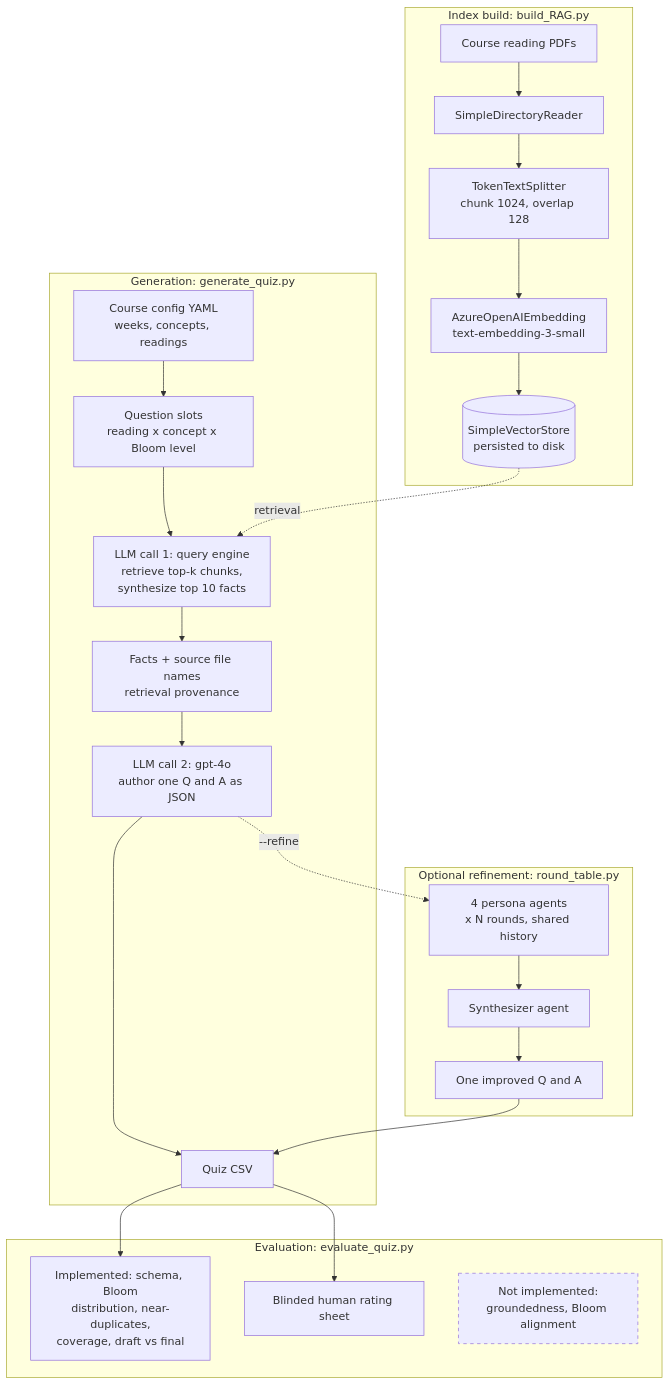
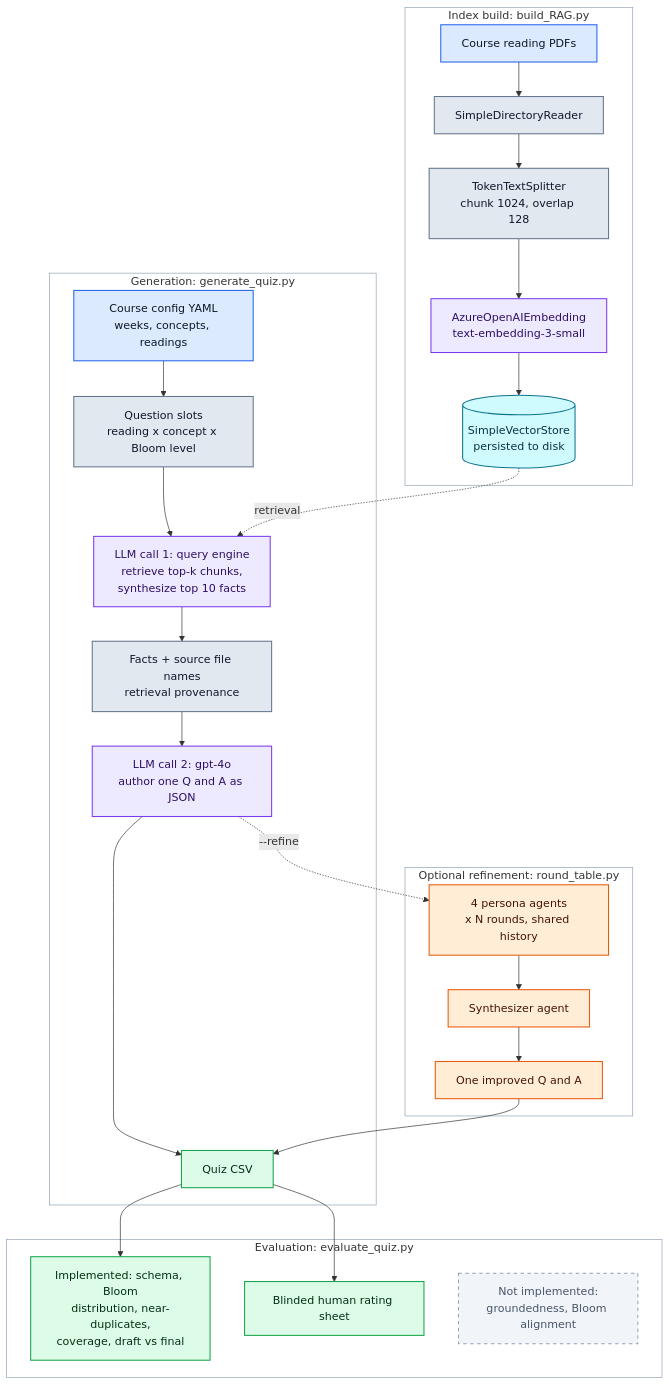
Before and after one commit to gkuling/QuizGen-RAG: the diagram in README.md, drawn with Mermaid. The commit also changed other lines of this file and 1 other file, not shown here.

Commit message:
Add results-generation playbook and polish the architecture diagram
- docs/GENERATING_RESULTS.md: step-by-step runbook for producing the
  measured results the README's Evaluation section is waiting on -- index
  build, baseline and refined generation, evaluation reports, folding
  honest numbers and examples into the README, and the blinded 2-rater
  human study
- README: restyle the Mermaid diagram with a color-coded palette (inputs,
  pipeline steps, LLM calls, vector store, round-table agents, outputs,
  dashed not-implemented stubs) and transparent subgraph containers;
  rendering verified in-browser

````diff
--- a/README.md
+++ b/README.md
@@ -9,35 +9,46 @@
 ```mermaid
 flowchart TD
     subgraph build["Index build: build_RAG.py"]
-        A["Course reading PDFs"] --> B["SimpleDirectoryReader"]
-        B --> C["TokenTextSplitter<br/>chunk 1024, overlap 128"]
-        C --> D["AzureOpenAIEmbedding<br/>text-embedding-3-small"]
-        D --> E[("SimpleVectorStore<br/>persisted to disk")]
+        A["Course reading PDFs"]:::input --> B["SimpleDirectoryReader"]:::step
+        B --> C["TokenTextSplitter<br/>chunk 1024, overlap 128"]:::step
+        C --> D["AzureOpenAIEmbedding<br/>text-embedding-3-small"]:::llm
+        D --> E[("SimpleVectorStore<br/>persisted to disk")]:::store
     end
 
     subgraph gen["Generation: generate_quiz.py"]
-        F["Course config YAML<br/>weeks, concepts, readings"] --> G["Question slots<br/>reading x concept x Bloom level"]
-        G --> H["LLM call 1: query engine<br/>retrieve top-k chunks,<br/>synthesize top 10 facts"]
-        H --> I["Facts + source file names<br/>retrieval provenance"]
-        I --> J["LLM call 2: gpt-4o<br/>author one Q and A as JSON"]
-        J --> K["Quiz CSV"]
+        F["Course config YAML<br/>weeks, concepts, readings"]:::input --> G["Question slots<br/>reading x concept x Bloom level"]:::step
+        G --> H["LLM call 1: query engine<br/>retrieve top-k chunks,<br/>synthesize top 10 facts"]:::llm
+        H --> I["Facts + source file names<br/>retrieval provenance"]:::step
+        I --> J["LLM call 2: gpt-4o<br/>author one Q and A as JSON"]:::llm
+        J --> K["Quiz CSV"]:::artifact
     end
 
     E -.->|"retrieval"| H
 
     subgraph refine["Optional refinement: round_table.py"]
-        L["4 persona agents<br/>x N rounds, shared history"] --> M["Synthesizer agent"]
-        M --> N["One improved Q and A"]
+        L["4 persona agents<br/>x N rounds, shared history"]:::agent --> M["Synthesizer agent"]:::agent
+        M --> N["One improved Q and A"]:::agent
     end
 
     J -.->|"--refine"| L
     N --> K
 
     subgraph eval["Evaluation: evaluate_quiz.py"]
-        K --> O["Implemented: schema, Bloom<br/>distribution, near-duplicates,<br/>coverage, draft vs final"]
-        K --> P["Blinded human rating sheet"]
-        Q["Not implemented:<br/>groundedness, Bloom alignment"]
+        K --> O["Implemented: schema, Bloom<br/>distribution, near-duplicates,<br/>coverage, draft vs final"]:::artifact
+        K --> P["Blinded human rating sheet"]:::artifact
+        Q["Not implemented:<br/>groundedness, Bloom alignment"]:::stub
     end
 
-    style Q stroke-dasharray: 5 5
+    classDef input fill:#dbeafe,stroke:#2563eb,stroke-width:1.5px,color:#0f172a
+    classDef step fill:#e2e8f0,stroke:#64748b,stroke-width:1.5px,color:#0f172a
+    classDef llm fill:#ede9fe,stroke:#7c3aed,stroke-width:1.5px,color:#2e1065
+    classDef store fill:#cffafe,stroke:#0e7490,stroke-width:1.5px,color:#083344
+    classDef artifact fill:#dcfce7,stroke:#16a34a,stroke-width:1.5px,color:#052e16
+    classDef agent fill:#ffedd5,stroke:#ea580c,stroke-width:1.5px,color:#431407
+    classDef stub fill:#f1f5f9,stroke:#94a3b8,stroke-width:1.5px,color:#475569,stroke-dasharray: 5 5
+
+    style build fill:transparent,stroke:#94a3b8,stroke-width:1px
+    style gen fill:transparent,stroke:#94a3b8,stroke-width:1px
+    style refine fill:transparent,stroke:#94a3b8,stroke-width:1px
+    style eval fill:transparent,stroke:#94a3b8,stroke-width:1px
 ```
````
